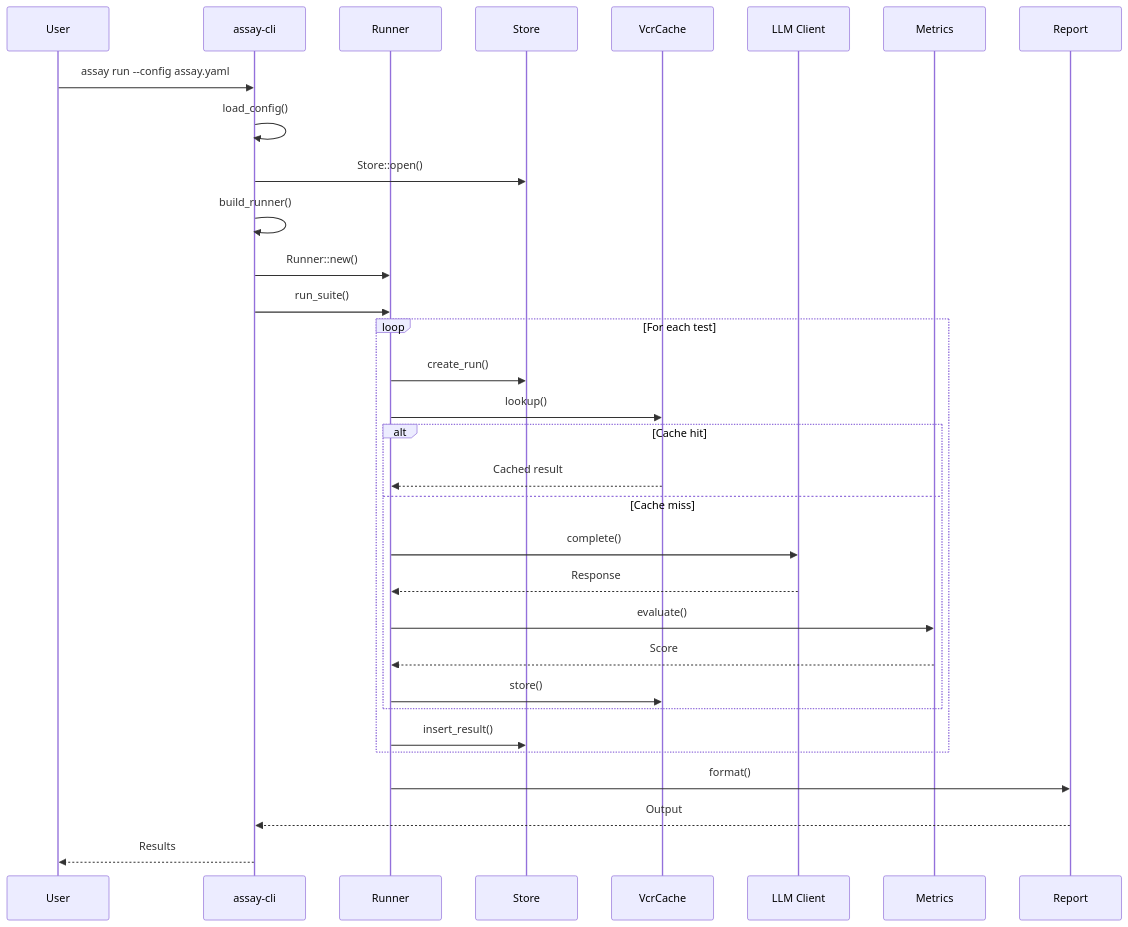
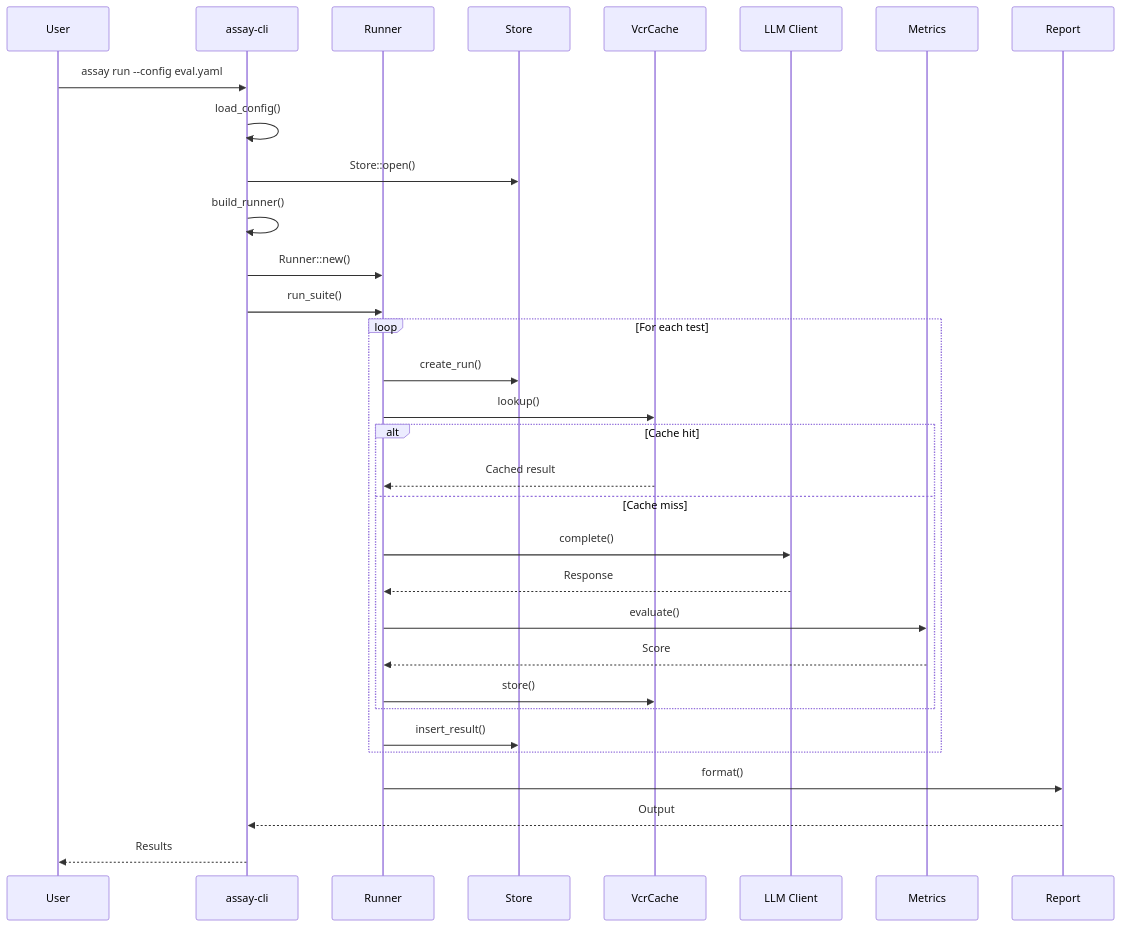
One commit to Rul1an/assay changed the third of 24 diagrams in docs/AIcontext/architecture-diagrams.md. Above: the diagram before and after it, drawn with Mermaid. The commit also changed 49 other files, not shown here.

````diff
--- a/docs/AIcontext/architecture-diagrams.md
+++ b/docs/AIcontext/architecture-diagrams.md
@@ -128,37 +128,37 @@
 ```mermaid
 sequenceDiagram
     participant User
     participant CLI as assay-cli
     participant Runner as Runner
     participant Store as Store
     participant Cache as VcrCache
     participant LLM as LLM Client
     participant Metrics as Metrics
     participant Report as Report
 
-    User->>CLI: assay run --config assay.yaml
+    User->>CLI: assay run --config eval.yaml
     CLI->>CLI: load_config()
     CLI->>Store: Store::open()
     CLI->>CLI: build_runner()
     CLI->>Runner: Runner::new()
     CLI->>Runner: run_suite()
 
     loop For each test
         Runner->>Store: create_run()
         Runner->>Cache: lookup()
         alt Cache hit
             Cache-->>Runner: Cached result
         else Cache miss
             Runner->>LLM: complete()
             LLM-->>Runner: Response
             Runner->>Metrics: evaluate()
             Metrics-->>Runner: Score
             Runner->>Cache: store()
         end
         Runner->>Store: insert_result()
     end
 
     Runner->>Report: format()
     Report-->>CLI: Output
     CLI-->>User: Results
 ```
````
